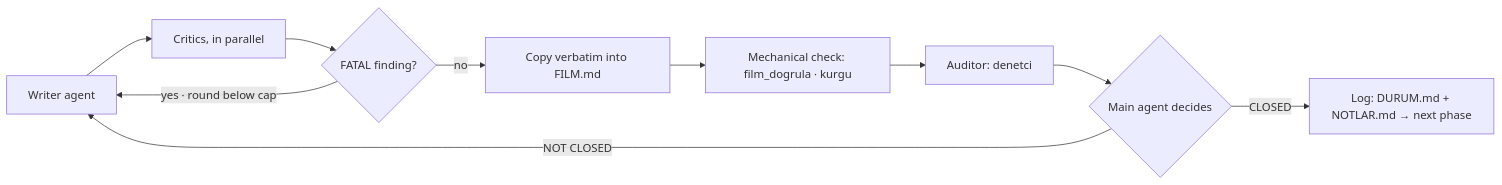
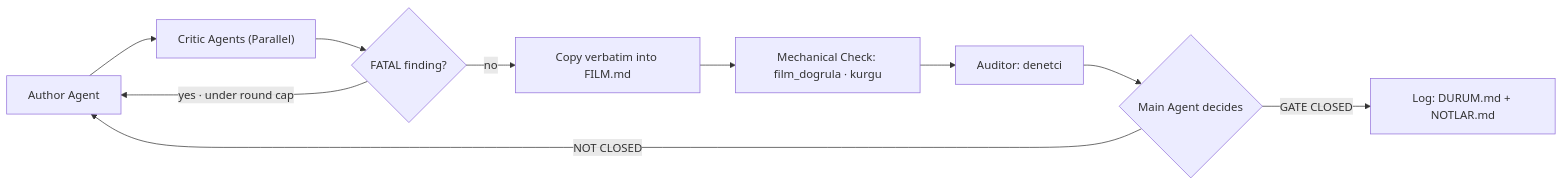
Before and after one commit to Burak1320demiroz/film_md: the second of 4 diagrams in README.md, drawn with Mermaid. The commit also changed other lines of this file and 456 other files, not shown here.

````diff
--- a/README.md
+++ b/README.md
@@ -154,12 +201,12 @@
 ```mermaid
 flowchart LR
-    W["Writer agent"] --> C["Critics, in parallel"]
+    W["Author Agent"] --> C["Critic Agents (Parallel)"]
     C --> X{"FATAL finding?"}
-    X -- "yes · round below cap" --> W
+    X -- "yes · under round cap" --> W
     X -- "no" --> M["Copy verbatim into FILM.md"]
-    M --> K["Mechanical check: film_dogrula · kurgu"]
+    M --> K["Mechanical Check: film_dogrula · kurgu"]
     K --> D["Auditor: denetci"]
-    D --> G{"Main agent decides"}
-    G -- "CLOSED" --> L["Log: DURUM.md + NOTLAR.md → next phase"]
+    D --> G{"Main Agent decides"}
+    G -- "GATE CLOSED" --> L["Log: DURUM.md + NOTLAR.md"]
     G -- "NOT CLOSED" --> W
 ```
````
